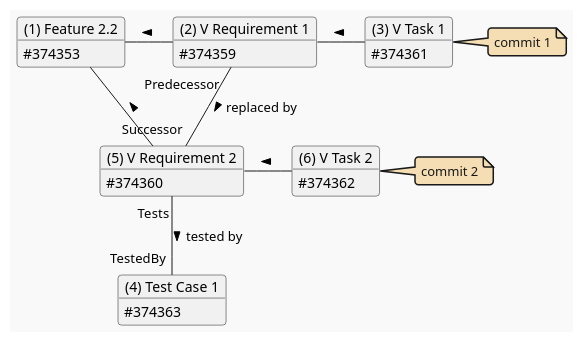
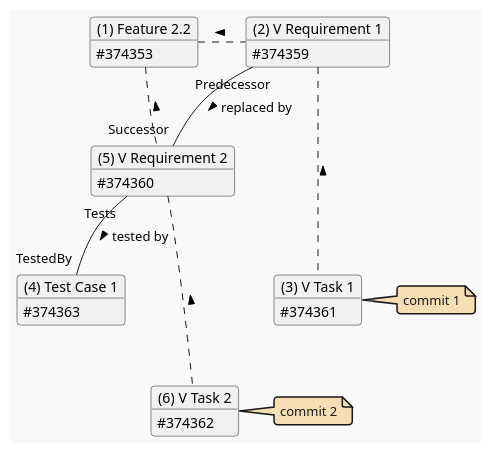
The diagram in Docs/methodology/.attachments/feature-2.2.puml (mm6502/AzureDevOpsApi), drawn with PlantUML before and after one commit. The commit also changed 6 other files, not shown here.

Commit message:
Refactor UML diagrams and update README for clarity in relationships

```diff
--- a/Docs/methodology/.attachments/feature-2.2.puml
+++ b/Docs/methodology/.attachments/feature-2.2.puml
@@ -1,42 +1,42 @@
-@startuml Feature 2.2
+@startuml feature-2.2
 
 '''' Declarations to stylize the diagram '''
 hide circle
 hide empty members
 allowmixing
 
 !theme mars
 skinparam classFontStyle bold
 skinparam classAttributeIconSize 0
 skinparam noteBackgroundColor wheat
 
 '''' Work Items ''''
 object "(1) Feature 2.2" as Feature2_2
 
 object "(2) V Requirement 1" as VRequirement1
 object "(3) V Task 1" as VTask1
 note right : commit 1
 
 object "(4) Test Case 1" as TestCase1
 
 object "(5) V Requirement 2" as VRequirement2
 object "(6) V Task 2" as VTask2
 note right : commit 2
 
 '''' Work IteIDs ''''
 Feature2_2     : #374353
 VRequirement1  : #374359
 VTask1         : #374361
 TestCase1      : #374363
 VRequirement2  : #374360
 VTask2         : #374362
 
-Feature2_2    -right- VRequirement1 : <
-VRequirement1 -       VTask1        : <
-Feature2_2    -right- VRequirement2 : <
-VRequirement2 -       VTask2        : <
+Feature2_2    .right. VRequirement1 : <
+VRequirement1 ...     VTask1        : <
+Feature2_2    .right. VRequirement2 : <
+VRequirement2 ...     VTask2        : <
 
 VRequirement2  "Successor"  -up- "Predecessor" VRequirement1 : replaced by <
 TestCase1      "TestedBy"   -up- "Tests"       VRequirement2 : tested by <
 
 @enduml
```
